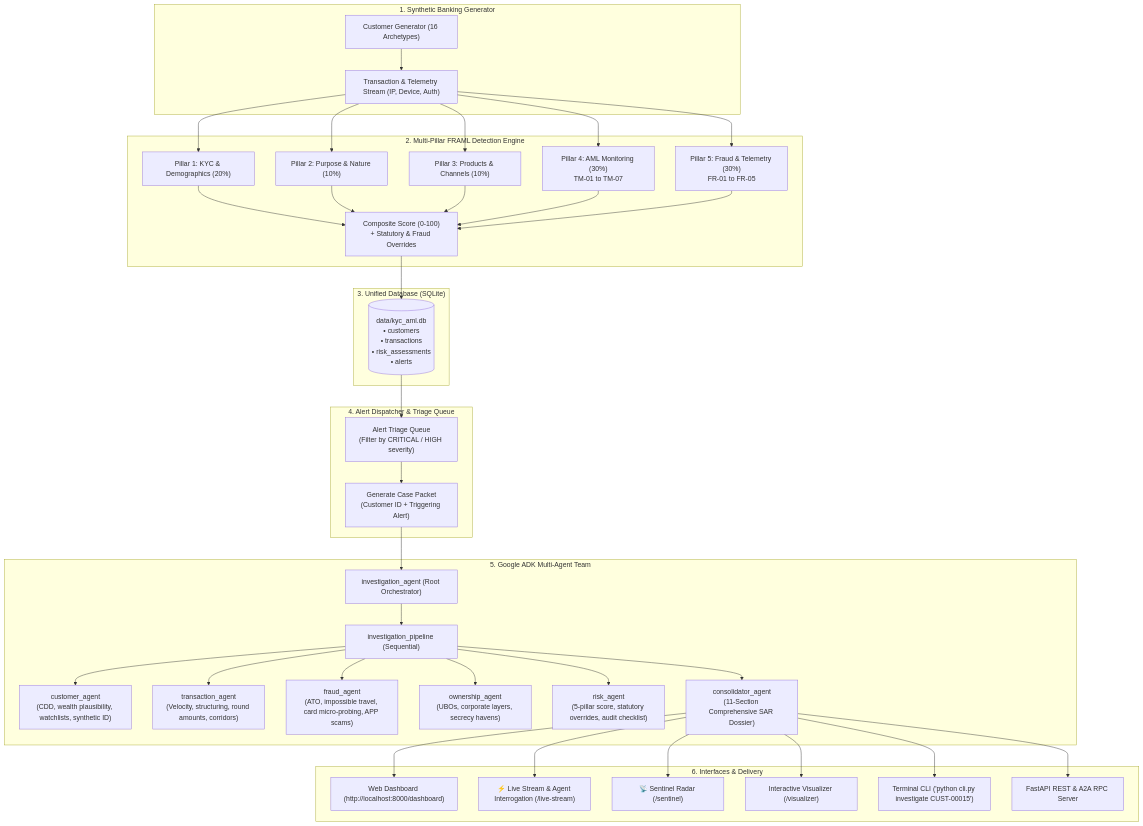
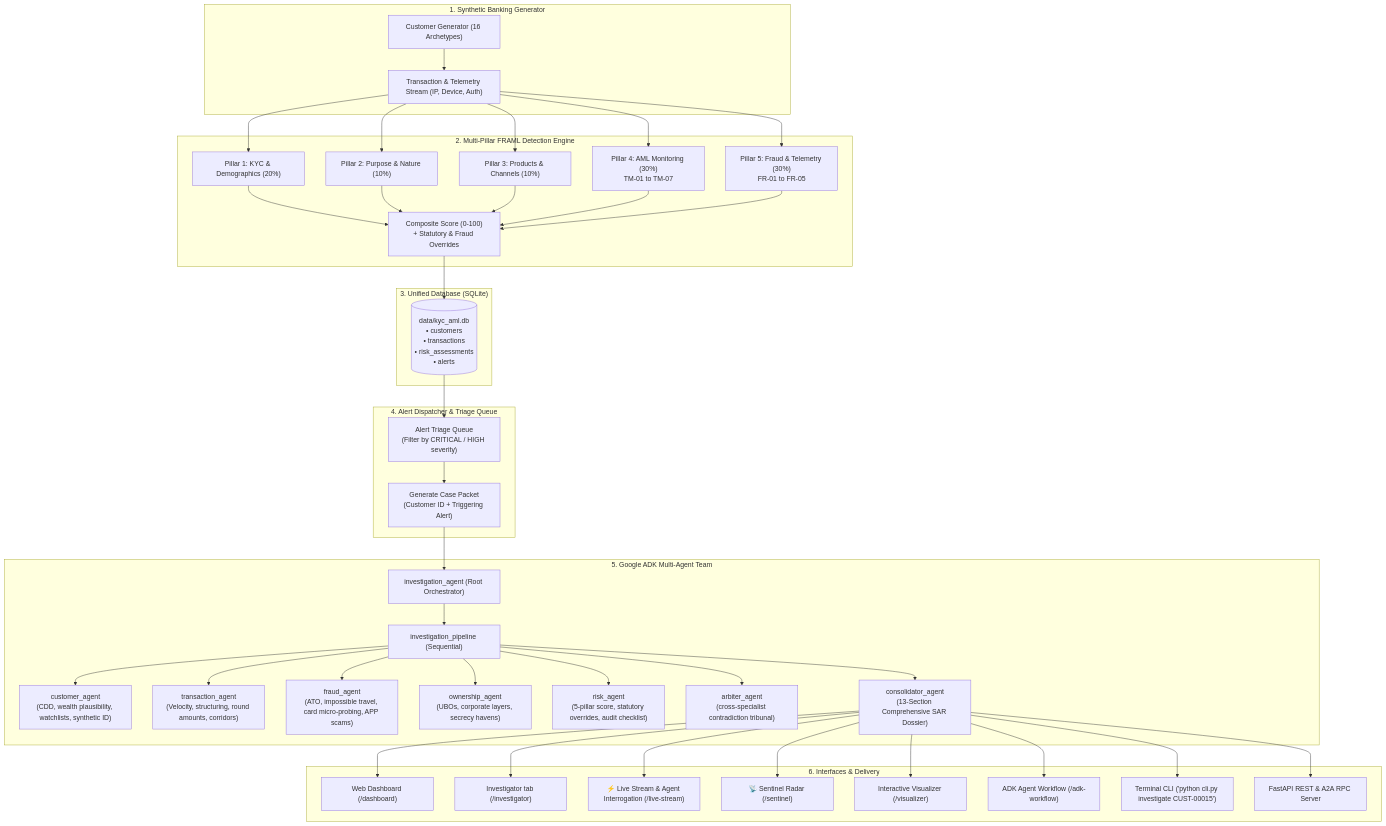
One commit to EncryptEx/agentic-ai-hackathon changed the diagram in README.md. Above: the diagram before and after it, drawn with Mermaid. The commit also changed other lines of this file, not shown here.

````diff
--- a/README.md
+++ b/README.md
@@ -13,48 +13,51 @@
 ```mermaid
 flowchart TD
     subgraph DataGen ["1. Synthetic Banking Generator"]
         CGen["Customer Generator (16 Archetypes)"]
         TGen["Transaction & Telemetry Stream (IP, Device, Auth)"]
         CGen --> TGen
     end
 
     subgraph FRAMLEngine ["2. Multi-Pillar FRAML Detection Engine"]
         TGen --> P1["Pillar 1: KYC & Demographics (20%)"]
         TGen --> P2["Pillar 2: Purpose & Nature (10%)"]
         TGen --> P3["Pillar 3: Products & Channels (10%)"]
         TGen --> P4["Pillar 4: AML Monitoring (30%)<br/>TM-01 to TM-07"]
         TGen --> P5["Pillar 5: Fraud & Telemetry (30%)<br/>FR-01 to FR-05"]
         P1 & P2 & P3 & P4 & P5 --> CompositeScore["Composite Score (0-100)<br/>+ Statutory & Fraud Overrides"]
     end
 
     subgraph Storage ["3. Unified Database (SQLite)"]
         CompositeScore --> DB[("data/kyc_aml.db<br/>• customers<br/>• transactions<br/>• risk_assessments<br/>• alerts")]
     end
 
     subgraph Triage ["4. Alert Dispatcher & Triage Queue"]
         DB --> AlertQueue["Alert Triage Queue<br/>(Filter by CRITICAL / HIGH severity)"]
         AlertQueue --> CasePacket["Generate Case Packet<br/>(Customer ID + Triggering Alert)"]
     end
 
     subgraph ADKAgents ["5. Google ADK Multi-Agent Team"]
         CasePacket --> RootAgent["investigation_agent (Root Orchestrator)"]
         RootAgent --> Pipeline["investigation_pipeline (Sequential)"]
-        
+
         Pipeline --> AgCust["customer_agent<br/>(CDD, wealth plausibility, watchlists, synthetic ID)"]
         Pipeline --> AgTxn["transaction_agent<br/>(Velocity, structuring, round amounts, corridors)"]
         Pipeline --> AgFraud["fraud_agent<br/>(ATO, impossible travel, card micro-probing, APP scams)"]
         Pipeline --> AgOwn["ownership_agent<br/>(UBOs, corporate layers, secrecy havens)"]
         Pipeline --> AgRisk["risk_agent<br/>(5-pillar score, statutory overrides, audit checklist)"]
+        Pipeline --> AgArb["arbiter_agent<br/>(cross-specialist contradiction tribunal)"]
 
-        Pipeline --> AgConsol["consolidator_agent<br/>(11-Section Comprehensive SAR Dossier)"]
+        Pipeline --> AgConsol["consolidator_agent<br/>(13-Section Comprehensive SAR Dossier)"]
     end
 
     subgraph Delivery ["6. Interfaces & Delivery"]
-        AgConsol --> Dashboard["Web Dashboard (http://localhost:8000/dashboard)"]
+        AgConsol --> Dashboard["Web Dashboard (/dashboard)"]
+        AgConsol --> Investigator["Investigator tab (/investigator)"]
         AgConsol --> LiveStream["⚡ Live Stream & Agent Interrogation (/live-stream)"]
         AgConsol --> SentinelRadar["📡 Sentinel Radar (/sentinel)"]
         AgConsol --> Visualizer["Interactive Visualizer (/visualizer)"]
+        AgConsol --> AdkFlow["ADK Agent Workflow (/adk-workflow)"]
         AgConsol --> CLI["Terminal CLI ('python cli.py investigate CUST-00015')"]
         AgConsol --> API["FastAPI REST & A2A RPC Server"]
     end
 ```
````
